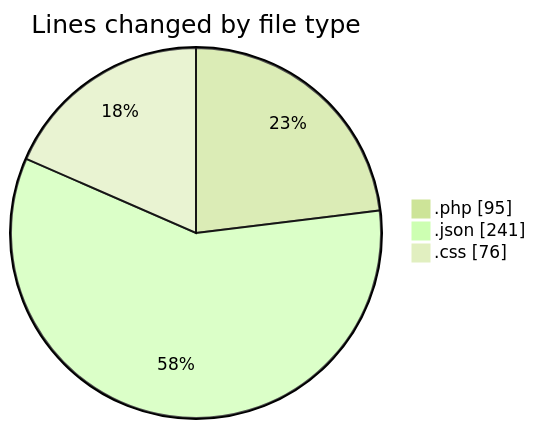
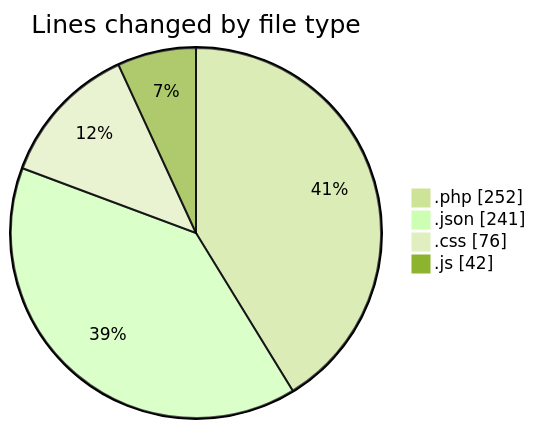
Before and after one commit to idhammustaqopulfikri/code-tracking: the first of 2 diagrams in 2025-04-10/tugas_booking_studio/README.md, drawn with Mermaid (forest theme). The commit also changed other lines of this file and 1 other file, not shown here.

````diff
--- a/2025-04-10/tugas_booking_studio/README.md
+++ b/2025-04-10/tugas_booking_studio/README.md
@@ -24,7 +26,8 @@
 ```mermaid
 pie showData
 title Lines changed by file type
-".php" : 95
+".php" : 252
 ".json" : 241
 ".css" : 76
+".js" : 42
 ```
````
